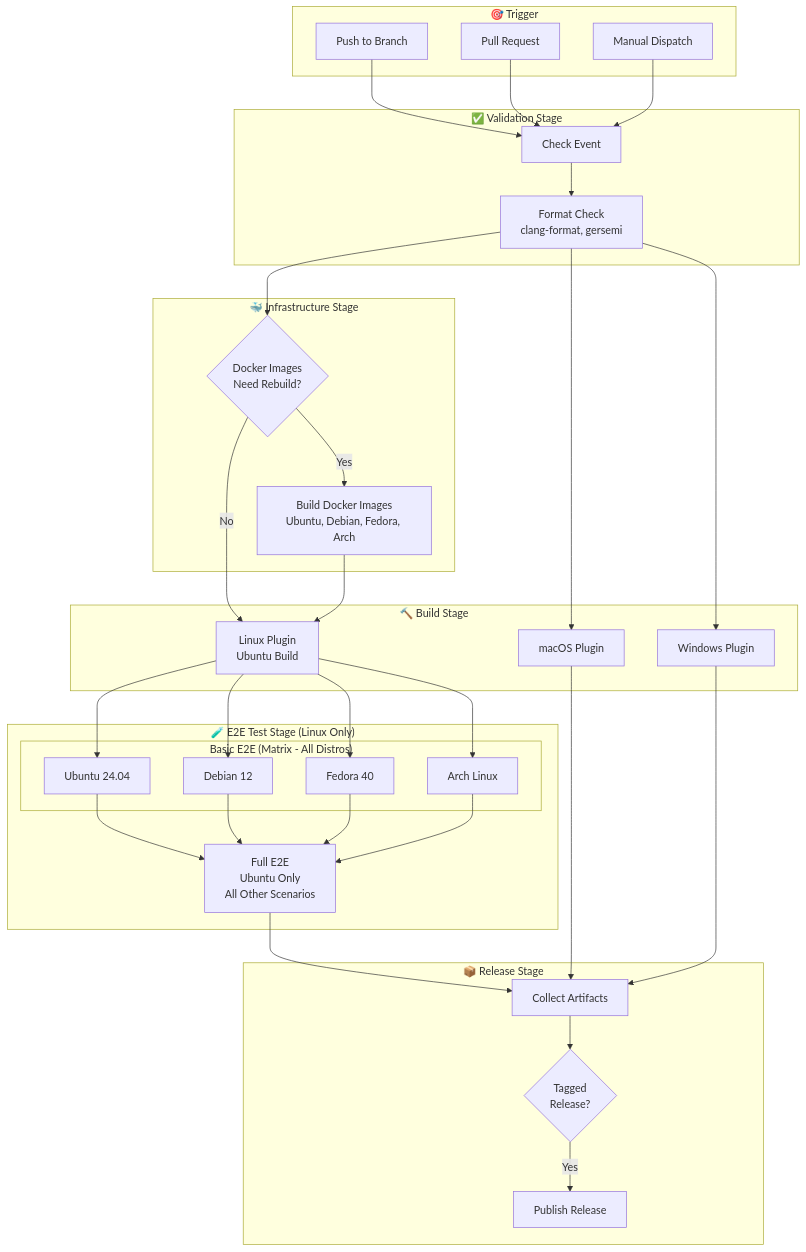
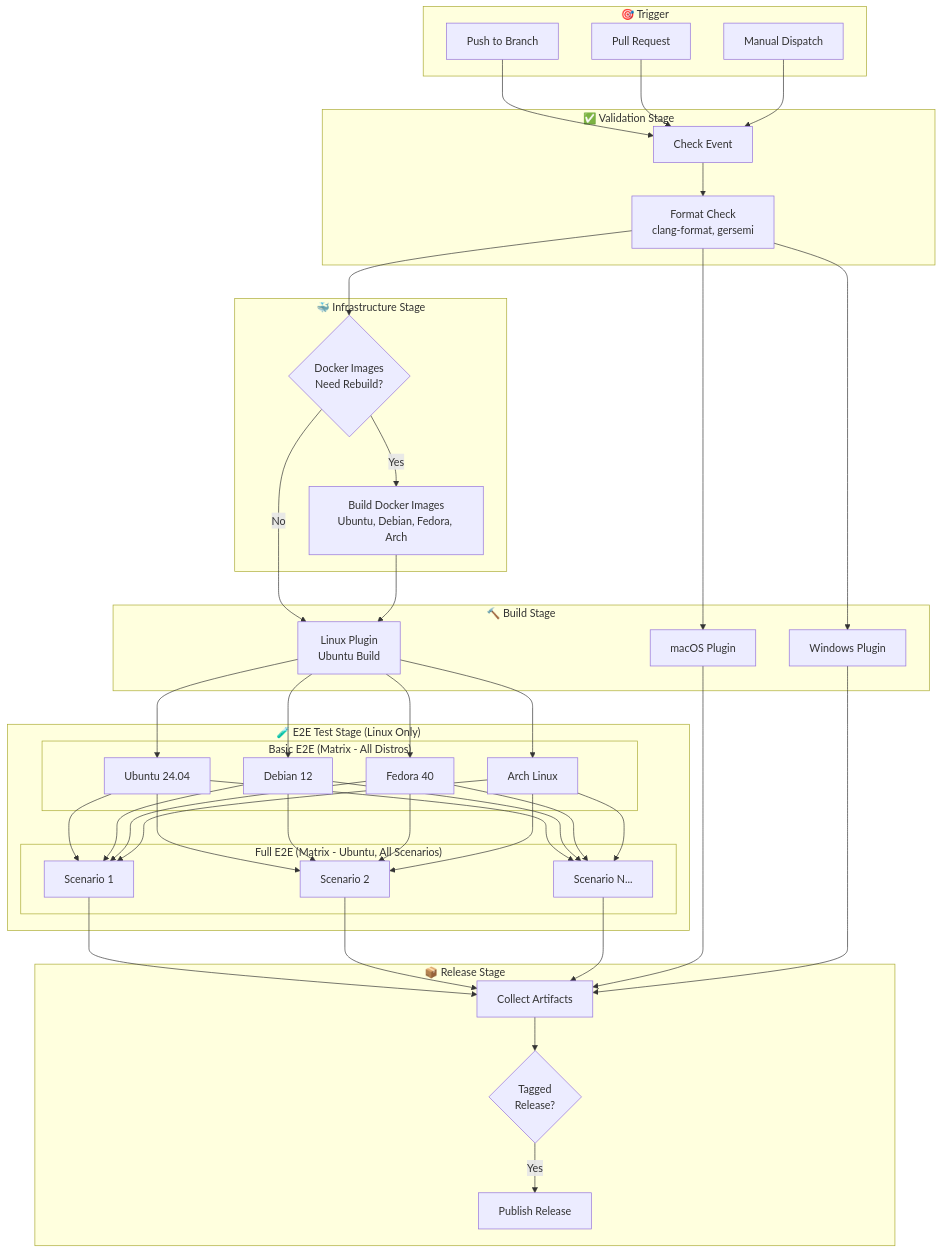
The first of 2 diagrams in doc/ci-architecture.md (chrisgleissner/c64stream), drawn with Mermaid before and after one commit. The commit also changed other lines of this file and 1 other file, not shown here.

Commit message:
ci: make e2e-full a matrix job for parallel scenario execution
- e2e-full now runs 11 scenarios in parallel on separate runner VMs
- Each scenario gets dedicated 2-core CPU, 7GB RAM (no CPU contention)
- Scenarios: ntsc_amber_monitor, ntsc_arcade_cabinet, ntsc_classic_crt,
  ntsc_default, ntsc_delay_500ms, ntsc_green_monitor, ntsc_phosphor_glow,
  ntsc_sharp_pixels, ntsc_vintage_tv, pal_sharp_pixels, scanlines
- Updated ci-architecture.md to reflect parallel scenario execution

```diff
--- a/doc/ci-architecture.md
+++ b/doc/ci-architecture.md
@@ -35,7 +35,11 @@
             E2E_FEDORA[Fedora 40]
             E2E_ARCH[Arch Linux]
         end
-        E2E_UBUNTU_FULL[Full E2E<br/>Ubuntu Only<br/>All Other Scenarios]
+        subgraph FullE2E["Full E2E (Matrix - Ubuntu, All Scenarios)"]
+            E2E_S1[Scenario 1]
+            E2E_S2[Scenario 2]
+            E2E_SN[Scenario N...]
+        end
     end
 
     subgraph Release["📦 Release Stage"]
@@ -68,14 +72,24 @@
     LINUX --> E2E_FEDORA
     LINUX --> E2E_ARCH
 
-    %% Full E2E runs after Basic E2E completes
-    E2E_UBUNTU_BASIC --> E2E_UBUNTU_FULL
-    E2E_DEBIAN --> E2E_UBUNTU_FULL
-    E2E_FEDORA --> E2E_UBUNTU_FULL
-    E2E_ARCH --> E2E_UBUNTU_FULL
+    %% Full E2E runs after Basic E2E completes (all scenarios in parallel)
+    E2E_UBUNTU_BASIC --> E2E_S1
+    E2E_DEBIAN --> E2E_S1
+    E2E_FEDORA --> E2E_S1
+    E2E_ARCH --> E2E_S1
+    E2E_UBUNTU_BASIC --> E2E_S2
+    E2E_DEBIAN --> E2E_S2
+    E2E_FEDORA --> E2E_S2
+    E2E_ARCH --> E2E_S2
+    E2E_UBUNTU_BASIC --> E2E_SN
+    E2E_DEBIAN --> E2E_SN
+    E2E_FEDORA --> E2E_SN
+    E2E_ARCH --> E2E_SN
 
     %% Release flow
-    E2E_UBUNTU_FULL --> ARTIFACTS
+    E2E_S1 --> ARTIFACTS
+    E2E_S2 --> ARTIFACTS
+    E2E_SN --> ARTIFACTS
     MAC --> ARTIFACTS
     WINDOWS --> ARTIFACTS
     ARTIFACTS --> RELEASE
```
